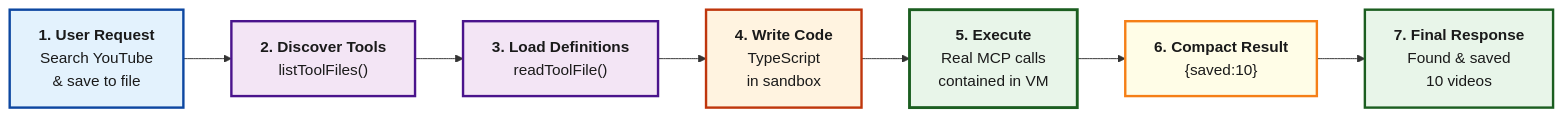
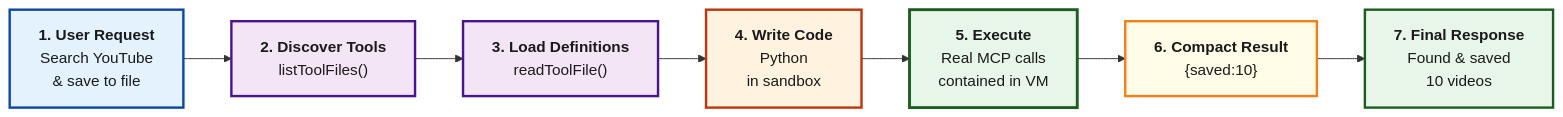
Before and after one commit to sammcj/bifrost: the second of 2 diagrams in docs/mcp/code-mode.mdx, drawn with Mermaid. The commit also changed other lines of this file and 46 other files, not shown here.

````diff
--- a/docs/mcp/code-mode.mdx
+++ b/docs/mcp/code-mode.mdx
@@ -91,31 +96,31 @@
 ```mermaid
 graph LR
     User["<b>1. User Request</b><br/>Search YouTube<br/>& save to file"]
 
     Discover["<b>2. Discover Tools</b><br/>listToolFiles()"]
 
     GetDefs["<b>3. Load Definitions</b><br/>readToolFile()"]
 
-    Write["<b>4. Write Code</b><br/>TypeScript<br/>in sandbox"]
+    Write["<b>4. Write Code</b><br/>Python<br/>in sandbox"]
 
     Execute["<b>5. Execute</b><br/>Real MCP calls<br/>contained in VM"]
 
     Result["<b>6. Compact Result</b><br/>{saved:10}"]
 
     Response["<b>7. Final Response</b><br/>Found & saved<br/>10 videos"]
 
     User --> Discover
     Discover --> GetDefs
     GetDefs --> Write
     Write --> Execute
     Execute --> Result
     Result --> Response
 
     style User fill:#E3F2FD,stroke:#0D47A1,stroke-width:2.5px,color:#1A1A1A
     style Discover fill:#F3E5F5,stroke:#4A148C,stroke-width:2.5px,color:#1A1A1A
     style GetDefs fill:#F3E5F5,stroke:#4A148C,stroke-width:2.5px,color:#1A1A1A
     style Write fill:#FFF3E0,stroke:#BF360C,stroke-width:2.5px,color:#1A1A1A
     style Execute fill:#E8F5E9,stroke:#1B5E20,stroke-width:3px,color:#1A1A1A
     style Result fill:#FFFDE7,stroke:#F57F17,stroke-width:2.5px,color:#1A1A1A
     style Response fill:#E8F5E9,stroke:#1B5E20,stroke-width:2.5px,color:#1A1A1A
 ```
````
